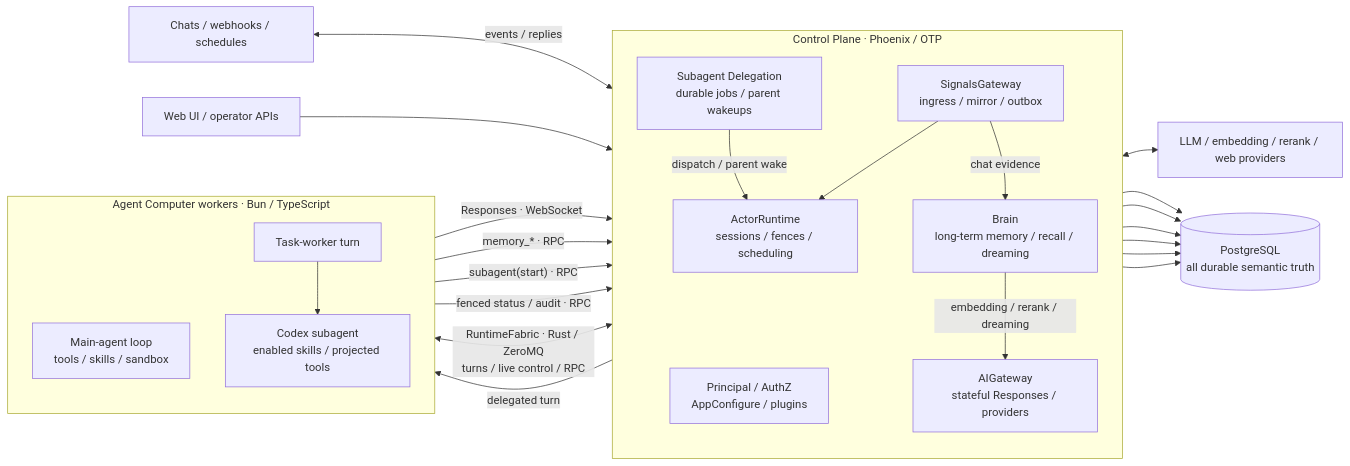
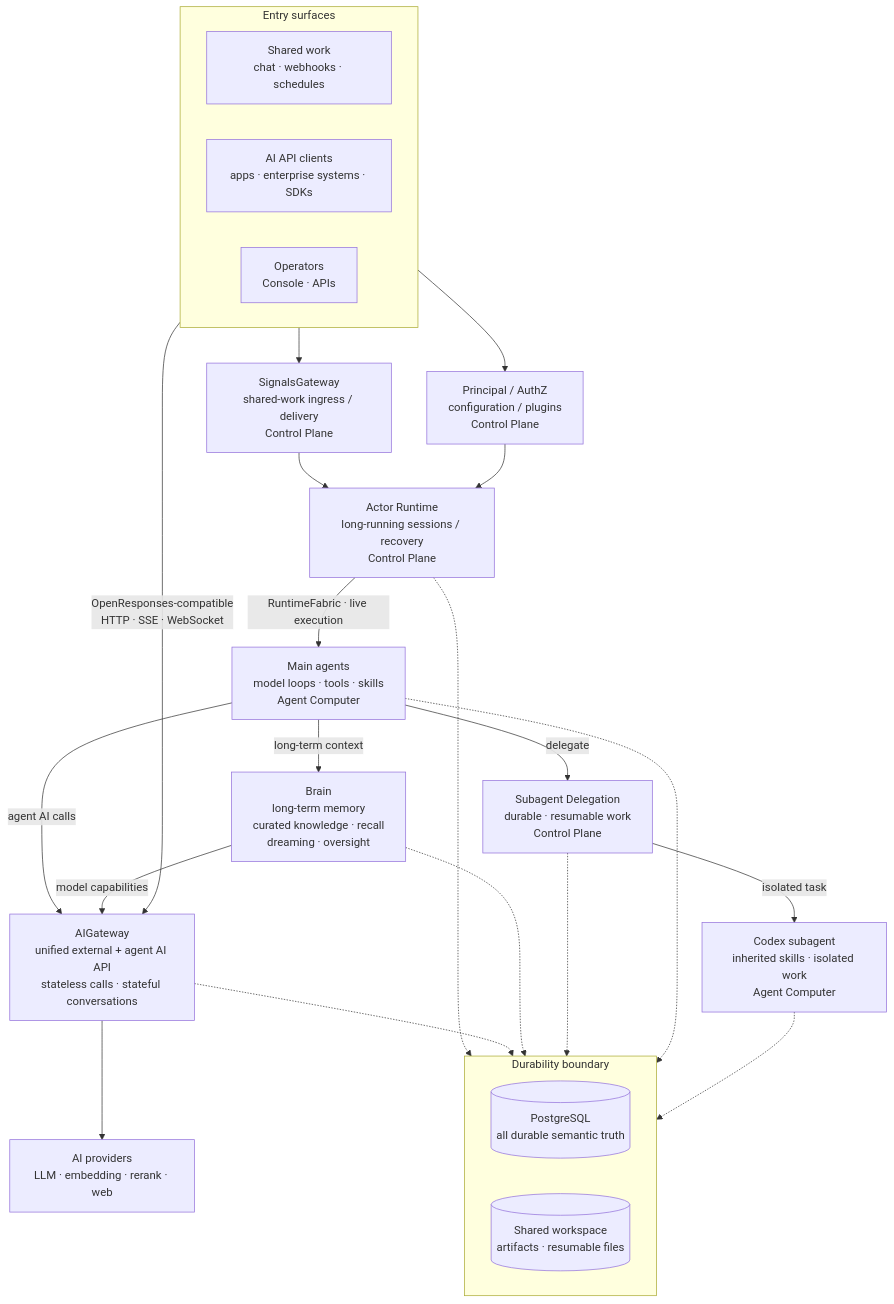
One commit to AgentBull/ankole changed the diagram in README.md. Above: the diagram before and after it, drawn with Mermaid. The commit also changed other lines of this file and 22 other files, not shown here.

````diff
--- a/README.md
+++ b/README.md
@@ -66,42 +66,43 @@
 ```mermaid
-flowchart LR
-  subgraph CP["Control Plane · Phoenix / OTP"]
-    direction TB
-    Platform["Principal / AuthZ<br/>AppConfigure / plugins"]
-    SG["SignalsGateway<br/>ingress / mirror / outbox"]
-    AR["ActorRuntime<br/>sessions / fences / scheduling"]
-    AI["AIGateway<br/>stateful Responses / providers"]
-    Brain["Brain<br/>long-term memory / recall / dreaming"]
-    Delegation["Subagent Delegation<br/>durable jobs / parent wakeups"]
-
-    SG --> AR
-    SG -->|"chat evidence"| Brain
-    Brain -->|"embedding / rerank / dreaming"| AI
-    Delegation -->|"dispatch / parent wake"| AR
+flowchart TB
+  subgraph Entry["Entry surfaces"]
+    direction LR
+    Work["Shared work<br/>chat · webhooks · schedules"]
+    Clients["AI API clients<br/>apps · enterprise systems · SDKs"]
+    Ops["Operators<br/>Console · APIs"]
   end
 
-  subgraph AC["Agent Computer workers · Bun / TypeScript"]
-    direction TB
-    Main["Main-agent loop<br/>tools / skills / sandbox"]
-    Task["Task-worker turn"]
-    Codex["Codex subagent<br/>enabled skills / projected tools"]
-    Task --> Codex
+  SG["SignalsGateway<br/>shared-work ingress / delivery<br/>Control Plane"]
+  Platform["Principal / AuthZ<br/>configuration / plugins<br/>Control Plane"]
+  Runtime["Actor Runtime<br/>long-running sessions / recovery<br/>Control Plane"]
+  Main["Main agents<br/>model loops · tools · skills<br/>Agent Computer"]
+  Brain["Brain<br/>long-term memory<br/>curated knowledge · recall<br/>dreaming · oversight"]
+  Delegate["Subagent Delegation<br/>durable · resumable work<br/>Control Plane"]
+  AI["AIGateway<br/>unified external + agent AI API<br/>stateless calls · stateful conversations"]
+  Task["Codex subagent<br/>inherited skills · isolated work<br/>Agent Computer"]
+  Providers["AI providers<br/>LLM · embedding · rerank · web"]
+
+  subgraph Storage["Durability boundary"]
+    direction LR
+    PG[("PostgreSQL<br/>all durable semantic truth")]
+    Workspace[("Shared workspace<br/>artifacts · resumable files")]
   end
 
-  Channels["Chats / webhooks / schedules"] <-->|"events / replies"| SG
-  Console["Web UI / operator APIs"] --> Platform
-  AR <-->|"RuntimeFabric · Rust / ZeroMQ<br/>turns / live control / RPC"| Main
-  Main -->|"Responses · WebSocket"| AI
-  Main -->|"memory_* · RPC"| Brain
-  Main -->|"subagent(start) · RPC"| Delegation
-  AR -->|"delegated turn"| Task
-  Task -->|"fenced status / audit · RPC"| Delegation
-  AI <--> Models["LLM / embedding / rerank / web providers"]
+  Work --> SG --> Runtime
+  Ops --> Platform --> Runtime
+  Runtime -->|"RuntimeFabric · live execution"| Main
+  Clients -->|"OpenResponses-compatible<br/>HTTP · SSE · WebSocket"| AI
+  Main -->|"agent AI calls"| AI
+  Main -->|"long-term context"| Brain
+  Brain -->|"model capabilities"| AI
+  Main -->|"delegate"| Delegate
+  Delegate -->|"isolated task"| Task
+  AI --> Providers
 
-  Platform --> PG[("PostgreSQL<br/>all durable semantic truth")]
-  SG --> PG
-  AR --> PG
-  AI --> PG
-  Brain --> PG
-  Delegation --> PG
+  Runtime -.-> PG
+  AI -.-> PG
+  Brain -.-> PG
+  Delegate -.-> PG
+  Main -.-> Workspace
+  Task -.-> Workspace
 ```
````
